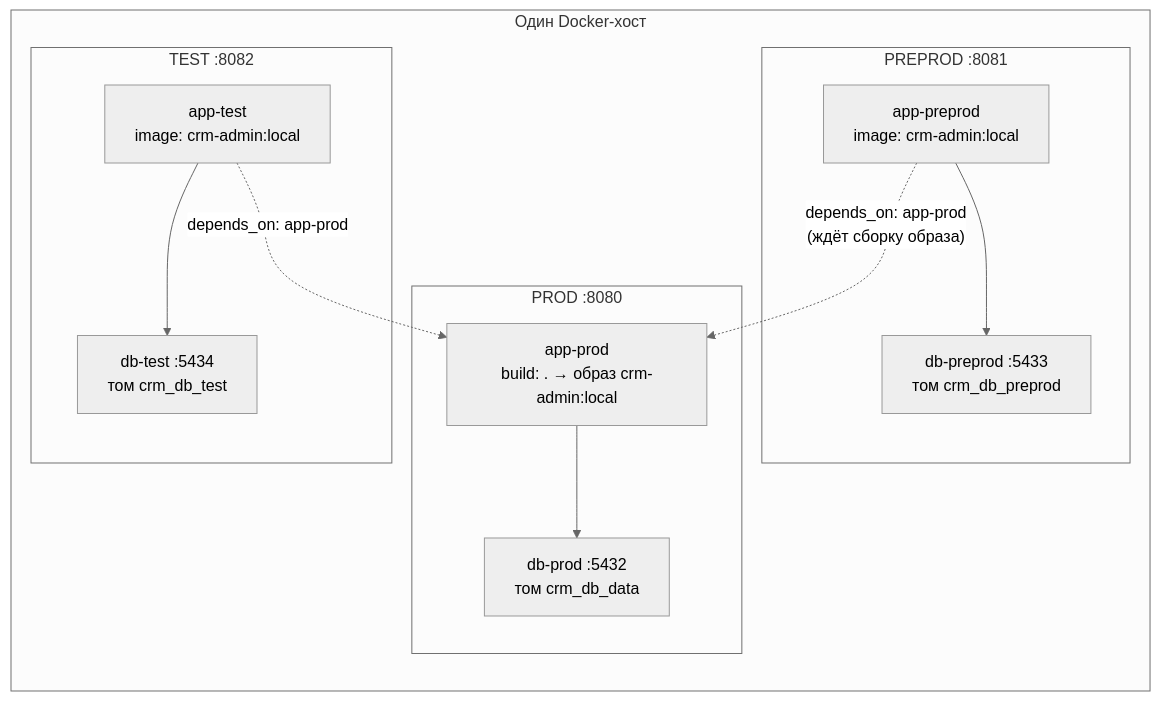
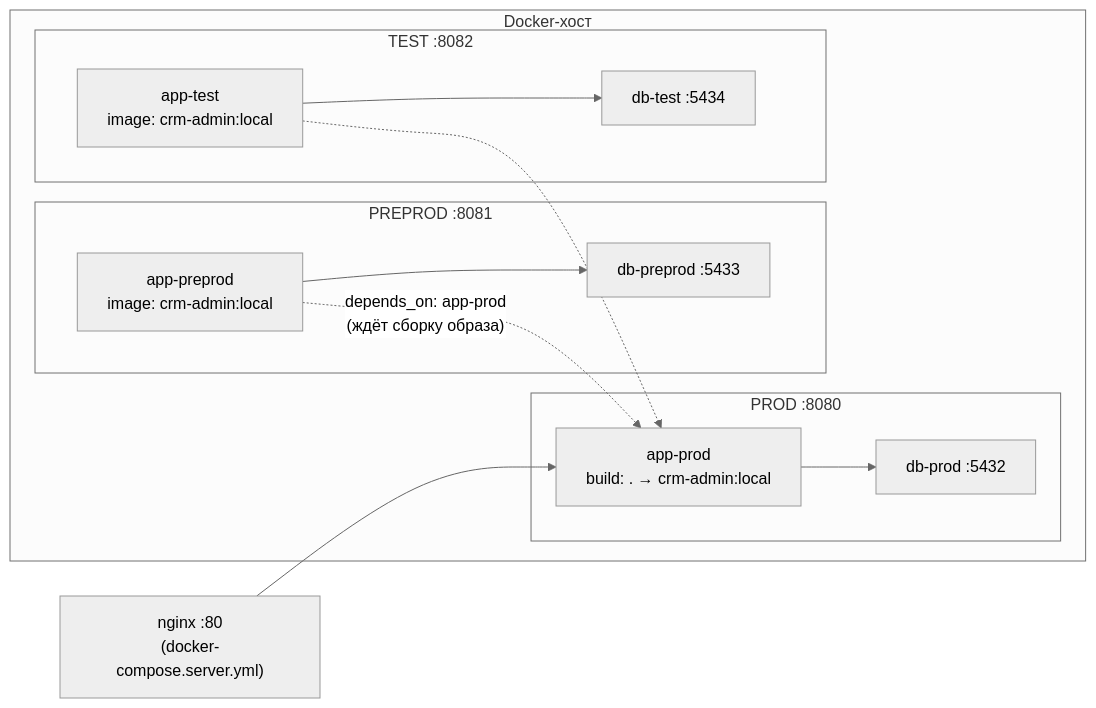
The diagram in crm-admin/docs/Architecture/Среды и деплой.md (AlexRaisky/crm.banki.ru), drawn with Mermaid (neutral theme) before and after one commit. The commit also changed other lines of this file and 27 other files, not shown here.

````diff
--- a/crm-admin/docs/Architecture/Среды и деплой.md
+++ b/crm-admin/docs/Architecture/Среды и деплой.md
@@ -17,16 +21,17 @@
 ```mermaid
 flowchart LR
-    subgraph host["Один Docker-хост"]
+    NG["nginx :80<br/>(docker-compose.server.yml)"] --> AP
+    subgraph host["Docker-хост"]
         subgraph prod["PROD :8080"]
-            AP["app-prod<br/>build: . → образ crm-admin:local"] --> DP["db-prod :5432<br/>том crm_db_data"]
+            AP["app-prod<br/>build: . → crm-admin:local"] --> DP["db-prod :5432"]
         end
         subgraph preprod["PREPROD :8081"]
-            APP["app-preprod<br/>image: crm-admin:local"] --> DPP["db-preprod :5433<br/>том crm_db_preprod"]
+            APP["app-preprod<br/>image: crm-admin:local"] --> DPP["db-preprod :5433"]
         end
         subgraph test["TEST :8082"]
-            AT["app-test<br/>image: crm-admin:local"] --> DT["db-test :5434<br/>том crm_db_test"]
+            AT["app-test<br/>image: crm-admin:local"] --> DT["db-test :5434"]
         end
     end
     APP -.->|"depends_on: app-prod<br/>(ждёт сборку образа)"| AP
-    AT -.->|"depends_on: app-prod"| AP
+    AT -.-> AP
 ```
````
